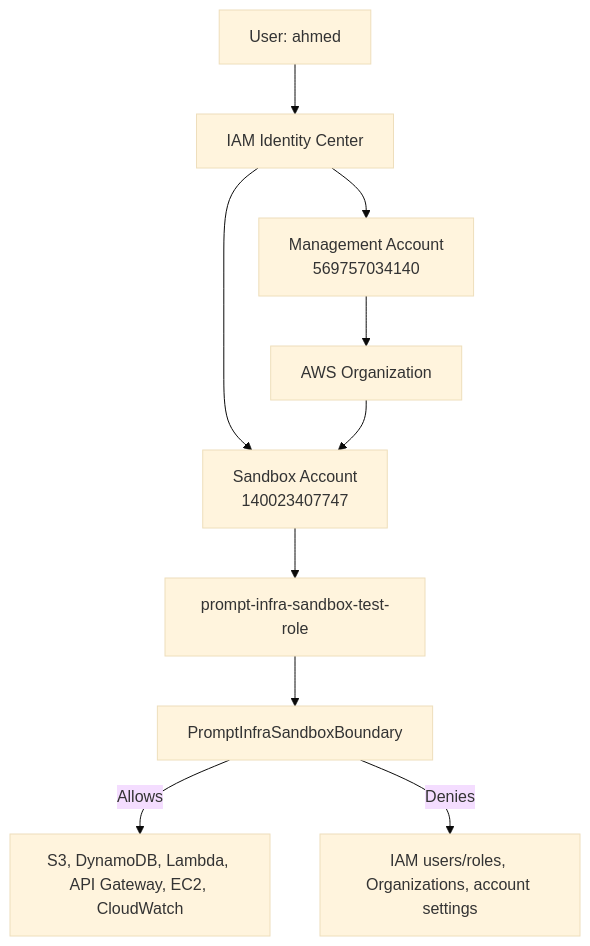
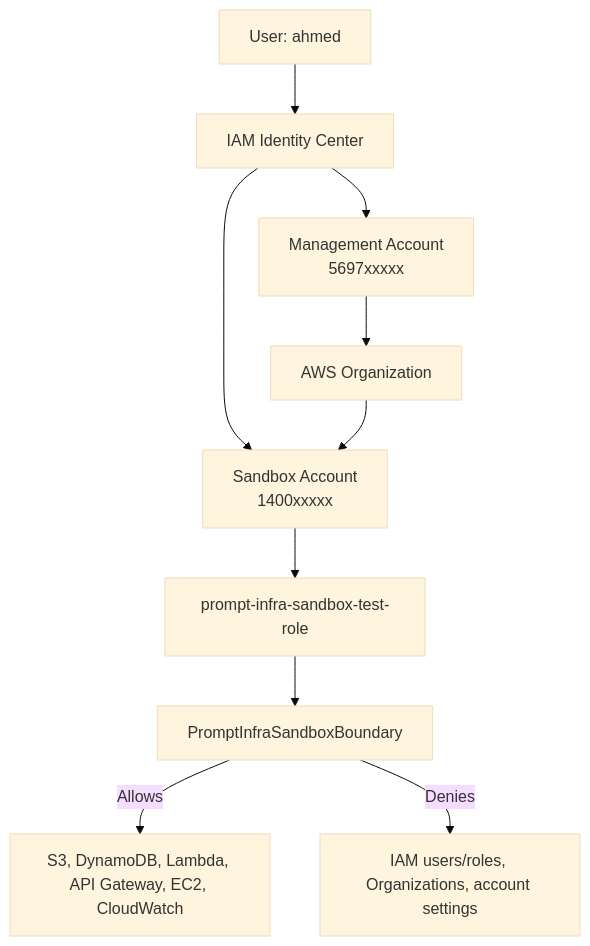
The diagram in docs/diagrams/account-layout.md (adinarayanap/ai_agent_infra), drawn with Mermaid (base theme) before and after one commit. The commit also changed other lines of this file, not shown here.

Commit message:
Update account IDs in account-layout.md
Redact sensitive account IDs in account layout documentation.

````diff
--- a/docs/diagrams/account-layout.md
+++ b/docs/diagrams/account-layout.md
@@ -24,14 +24,14 @@
 ```mermaid
 flowchart TD
     U[User: ahmed] --> SSO[IAM Identity Center]
-    SSO --> M[Management Account\n569757034140]
-    SSO --> SB[Sandbox Account\n140023407747]
+    SSO --> M[Management Account\n5697xxxxx]
+    SSO --> SB[Sandbox Account\n1400xxxxx]
 
     M --> ORG[AWS Organization]
     ORG --> SB
 
     SB --> R[prompt-infra-sandbox-test-role]
     R --> PB[PromptInfraSandboxBoundary]
     PB -->|Allows| INFRA[S3, DynamoDB, Lambda, API Gateway, EC2, CloudWatch]
     PB -->|Denies| IAM[IAM users/roles, Organizations, account settings]
 ```
````
